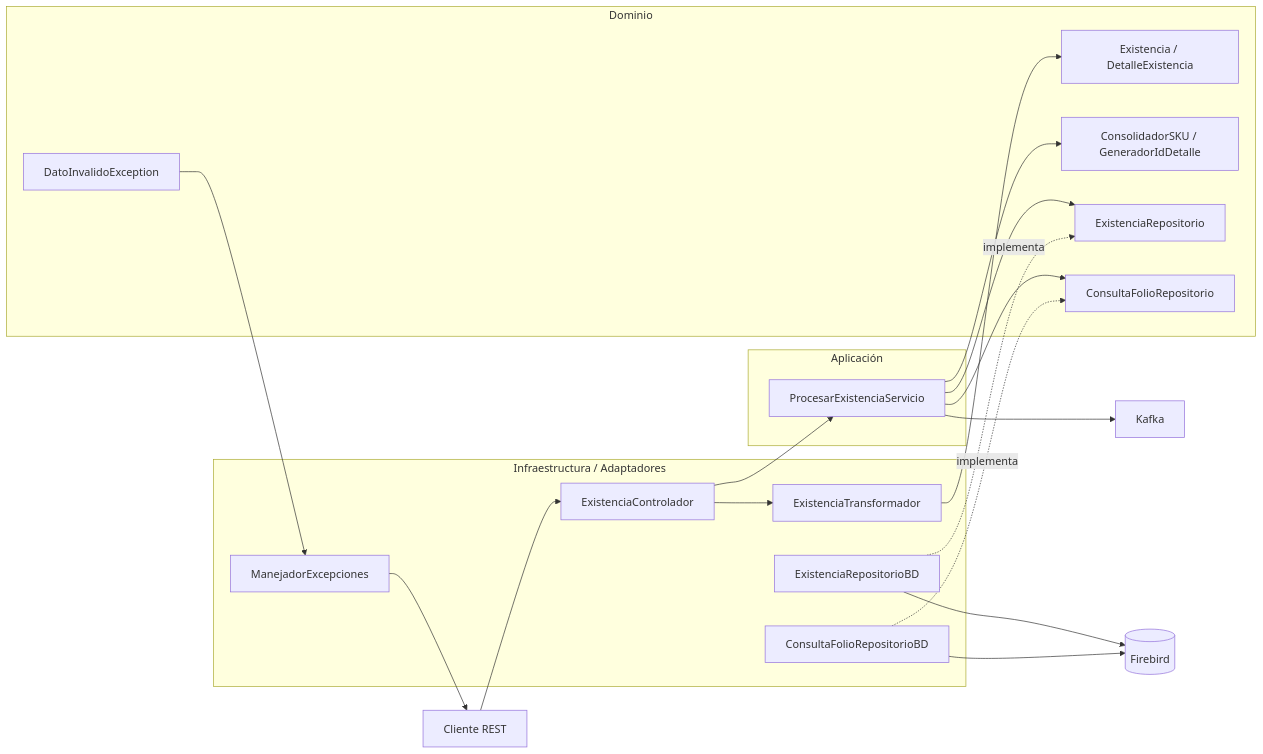
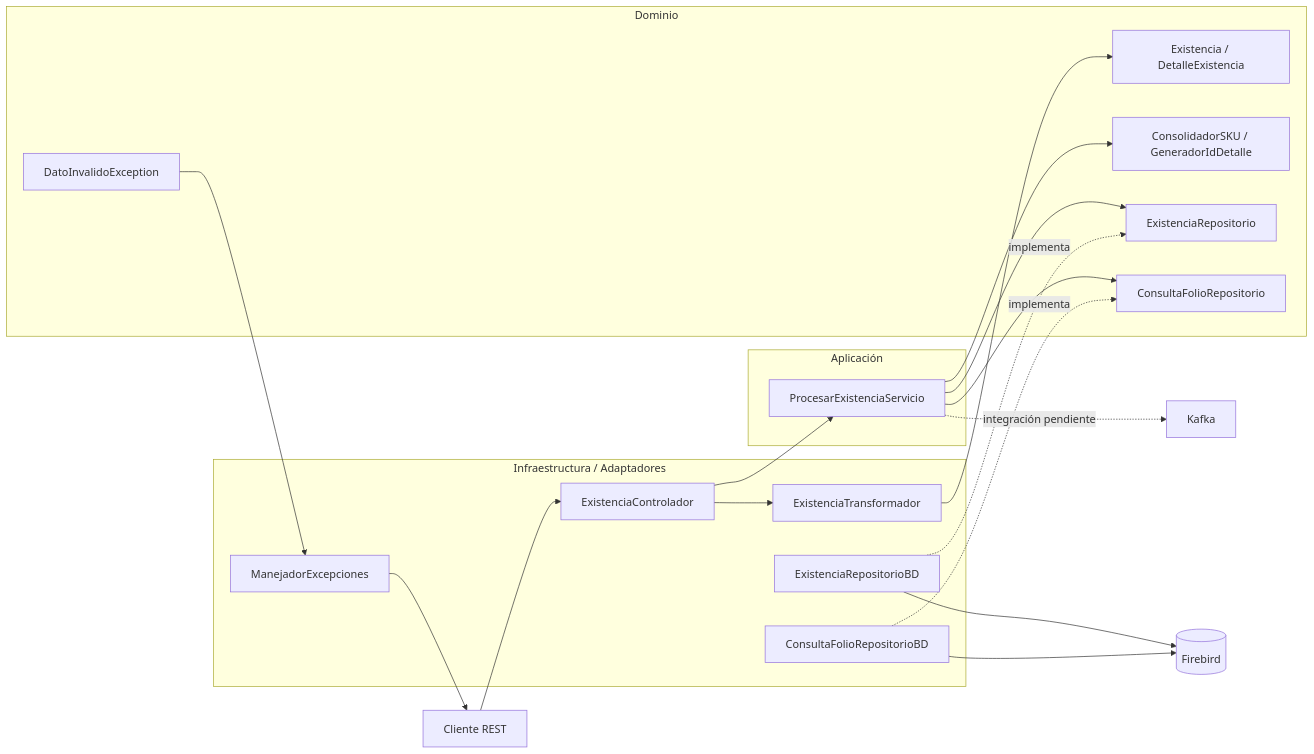
The second of 3 diagrams in README.md (MikeBOSS87/OperacionInventarios), drawn with Mermaid before and after one commit. The commit also changed other lines of this file and 15 other files, not shown here.

````diff
--- a/README.md
+++ b/README.md
@@ -316,47 +345,47 @@
 ```mermaid
 flowchart LR
 
     CLIENTE[Cliente REST]
     KAFKA[Kafka]
     DB[(Firebird)]
 
     subgraph INFRA[Infraestructura / Adaptadores]
         CONTROLLER[ExistenciaControlador]
         TRANSFORMADOR[ExistenciaTransformador]
         BD[ExistenciaRepositorioBD]
         FOLIOBD[ConsultaFolioRepositorioBD]
         HANDLER[ManejadorExcepciones]
     end
 
     subgraph APP[Aplicación]
         SERVICIO[ProcesarExistenciaServicio]
     end
 
     subgraph DOM[Dominio]
         MODELO[Existencia / DetalleExistencia]
         SERVICIOS[ConsolidadorSKU / GeneradorIdDetalle]
         PORT1[ExistenciaRepositorio]
         PORT2[ConsultaFolioRepositorio]
         EX[DatoInvalidoException]
     end
 
     CLIENTE --> CONTROLLER
     CONTROLLER --> TRANSFORMADOR
     TRANSFORMADOR --> MODELO
     CONTROLLER --> SERVICIO
 
     SERVICIO --> SERVICIOS
     SERVICIO --> PORT1
     SERVICIO --> PORT2
 
     BD -. implementa .-> PORT1
     FOLIOBD -. implementa .-> PORT2
 
     BD --> DB
     FOLIOBD --> DB
 
-    SERVICIO --> KAFKA
+    SERVICIO -. integración pendiente .-> KAFKA
 
     EX --> HANDLER
     HANDLER --> CLIENTE
 ```
````
